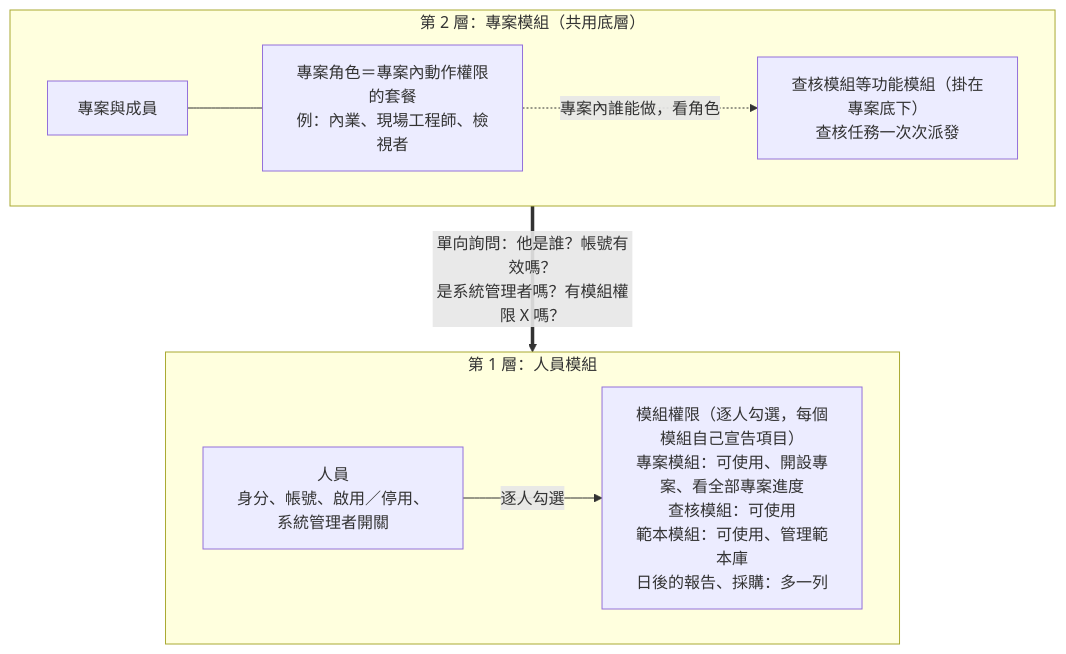
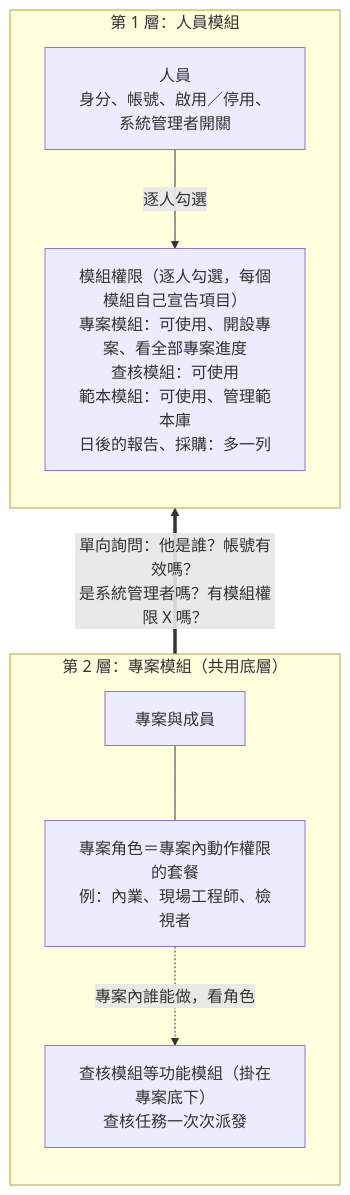
The first of 4 diagrams in docs/intents/07-permission-model.md (speko-tw/inspect-flow), drawn with Mermaid before and after one commit. The commit also changed other lines of this file and 16 other files, not shown here.

````diff
--- a/docs/intents/07-permission-model.md
+++ b/docs/intents/07-permission-model.md
@@ -27,16 +27,18 @@
 ```mermaid
-flowchart TB
+flowchart BT
   subgraph L1["第 1 層：人員模組"]
+    direction TB
     U["人員<br/>身分、帳號、啟用／停用、系統管理者開關"]
     MP["模組權限（逐人勾選，每個模組自己宣告項目）<br/>專案模組：可使用、開設專案、看全部專案進度<br/>查核模組：可使用<br/>範本模組：可使用、管理範本庫<br/>日後的報告、採購：多一列"]
     U -->|"逐人勾選"| MP
   end
   subgraph L2["第 2 層：專案模組（共用底層）"]
+    direction TB
     P["專案與成員"]
     R["專案角色＝專案內動作權限的套餐<br/>例：內業、現場工程師、檢視者"]
     P --- R
     F["查核模組等功能模組（掛在專案底下）<br/>查核任務一次次派發"]
     R -.->|"專案內誰能做，看角色"| F
   end
   L2 ==>|"單向詢問：他是誰？帳號有效嗎？<br/>是系統管理者嗎？有模組權限 X 嗎？"| L1
 ```
````
